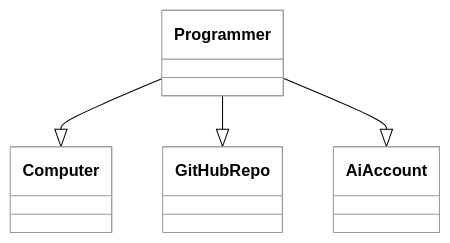
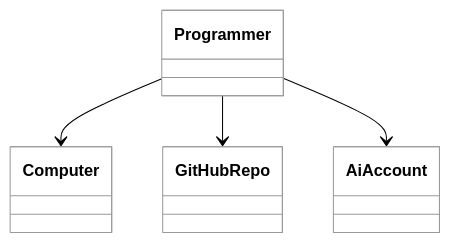
Before and after one commit to byucsstudent/cs240v2: the fourth of 8 diagrams in instruction/object-oriented-design/object-oriented-design.md, drawn with Mermaid. The commit also changed other lines of this file, not shown here.

Commit message:
Lee Jensen - update(Object Oriented Design)

````diff
--- a/instruction/object-oriented-design/object-oriented-design.md
+++ b/instruction/object-oriented-design/object-oriented-design.md
@@ -145,8 +145,8 @@
 ```mermaid
 %%{init: { 'theme': 'neutral', 'themeVariables': { 'mainBkg': '#ffffff', 'lineColor': '#000000', 'primaryTextColor': '#000000' } }}%%
 
 classDiagram
-    Programmer --|> Computer
-    Programmer --|> GitHubRepo
-    Programmer --|> AiAccount
+    Programmer --> Computer
+    Programmer --> GitHubRepo
+    Programmer --> AiAccount
 ```
````
